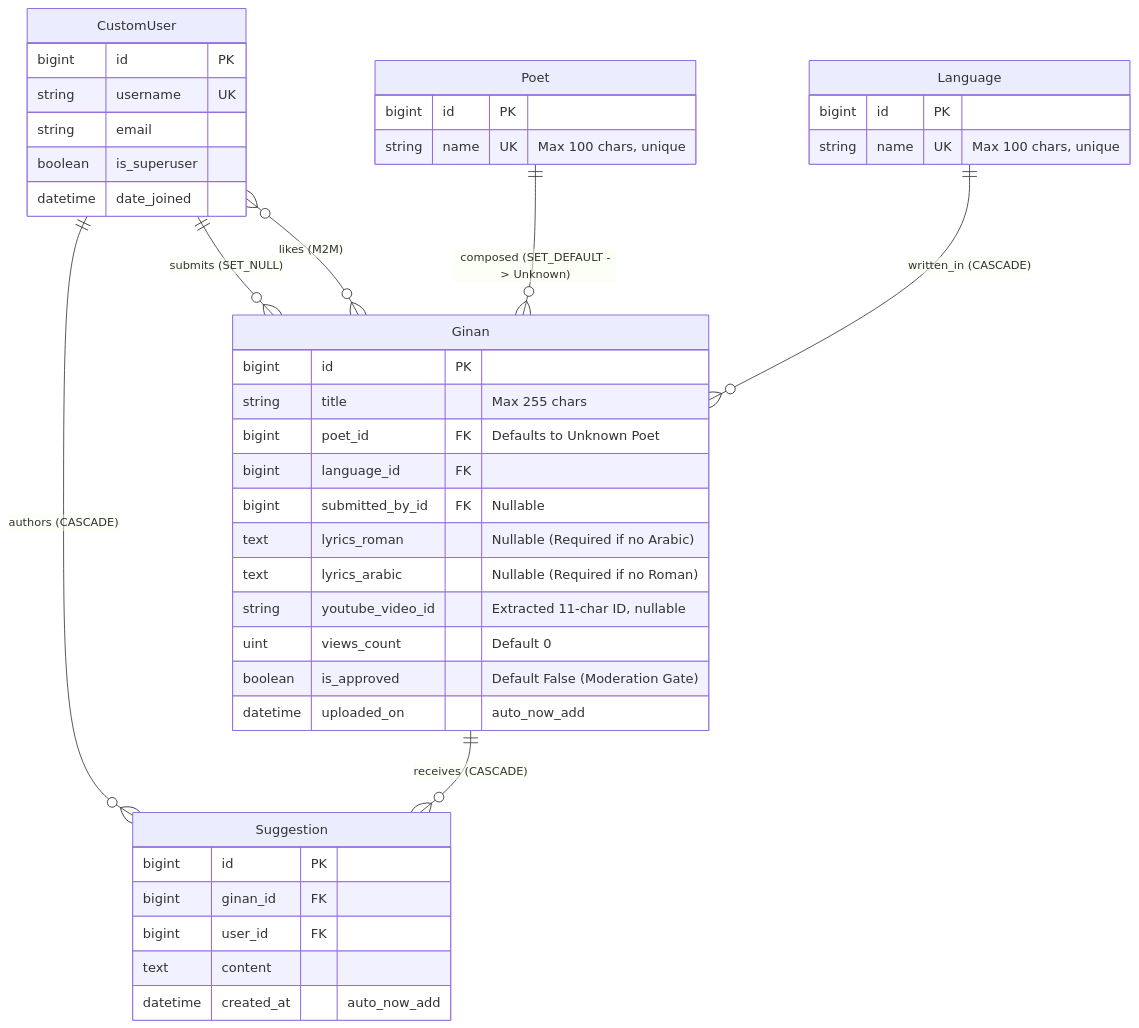
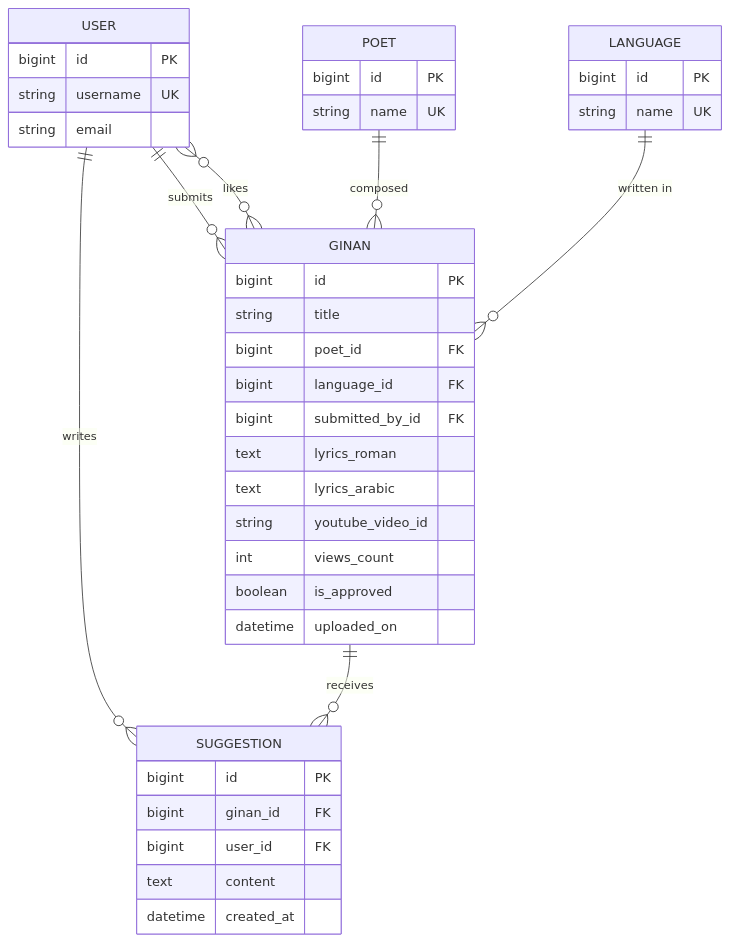
One commit to Kashan-A1i/Qasida-Architecture changed the second of 2 diagrams in README.md. Above: the diagram before and after it, drawn with Mermaid. The commit also changed other lines of this file and 3 other files, not shown here.

Commit message:
docs: fix mermaid rendering, add theqasida.com, redesign showcase

````diff
--- a/README.md
+++ b/README.md
@@ -134,49 +264,43 @@
 ```mermaid
 erDiagram
-    CustomUser ||--o{ Ginan : "submits (SET_NULL)"
-    CustomUser }o--o{ Ginan : "likes (M2M)"
-    CustomUser ||--o{ Suggestion : "authors (CASCADE)"
-    Poet ||--o{ Ginan : "composed (SET_DEFAULT -> Unknown)"
-    Language ||--o{ Ginan : "written_in (CASCADE)"
-    Ginan ||--o{ Suggestion : "receives (CASCADE)"
+    USER ||--o{ GINAN : submits
+    USER }o--o{ GINAN : likes
+    USER ||--o{ SUGGESTION : writes
+    POET ||--o{ GINAN : composed
+    LANGUAGE ||--o{ GINAN : "written in"
+    GINAN ||--o{ SUGGESTION : receives
 
-    CustomUser {
+    USER {
         bigint id PK
         string username UK
         string email
-        boolean is_superuser
-        datetime date_joined
     }
-
-    Poet {
+    POET {
         bigint id PK
-        string name UK "Max 100 chars, unique"
+        string name UK
     }
-
-    Language {
+    LANGUAGE {
         bigint id PK
-        string name UK "Max 100 chars, unique"
+        string name UK
     }
-
-    Ginan {
+    GINAN {
         bigint id PK
-        string title "Max 255 chars"
-        bigint poet_id FK "Defaults to Unknown Poet"
+        string title
+        bigint poet_id FK
         bigint language_id FK
-        bigint submitted_by_id FK "Nullable"
-        text lyrics_roman "Nullable (Required if no Arabic)"
-        text lyrics_arabic "Nullable (Required if no Roman)"
-        string youtube_video_id "Extracted 11-char ID, nullable"
-        uint views_count "Default 0"
-        boolean is_approved "Default False (Moderation Gate)"
-        datetime uploaded_on "auto_now_add"
+        bigint submitted_by_id FK
+        text lyrics_roman
+        text lyrics_arabic
+        string youtube_video_id
+        int views_count
+        boolean is_approved
+        datetime uploaded_on
     }
-
-    Suggestion {
+    SUGGESTION {
         bigint id PK
         bigint ginan_id FK
         bigint user_id FK
         text content
-        datetime created_at "auto_now_add"
+        datetime created_at
     }
 ```
````
